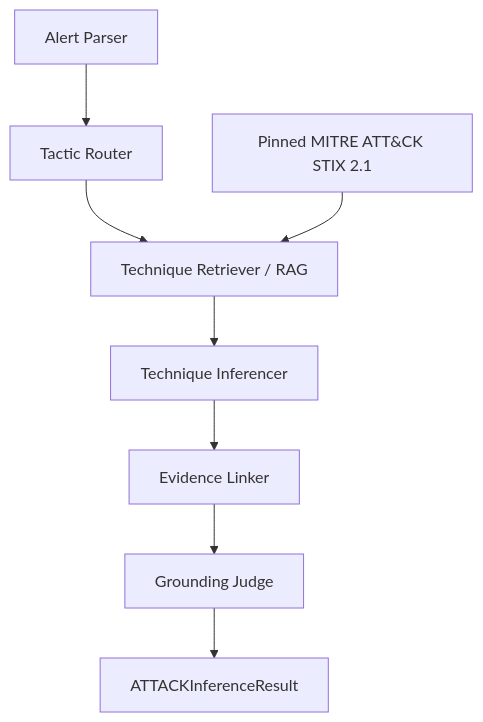
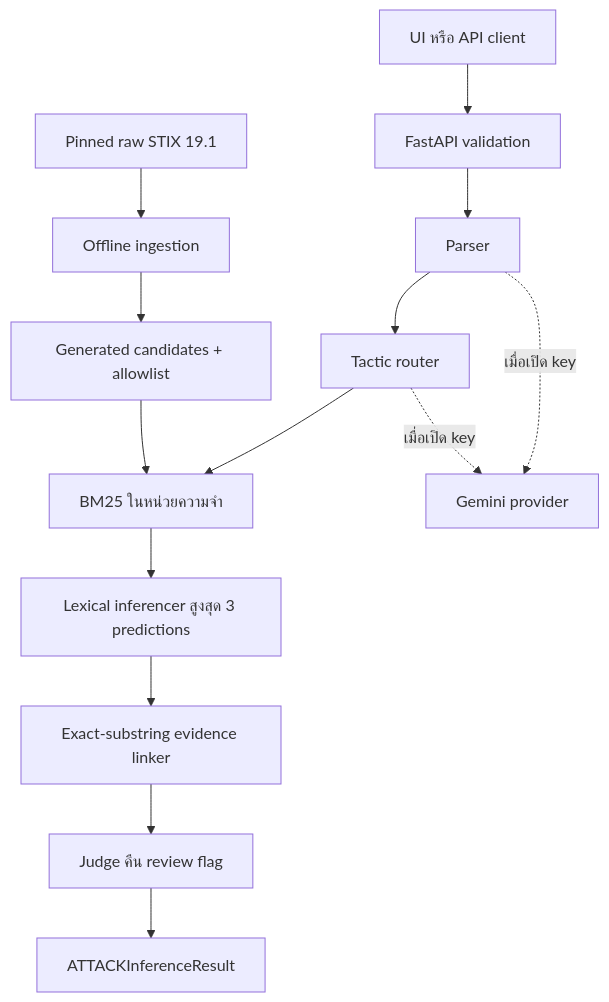
One commit to mai23133/Security-Alert changed the diagram in docs/architecture.md. Above: the diagram before and after it, drawn with Mermaid. The commit also changed other lines of this file and 13 other files, not shown here.

````diff
--- a/docs/architecture.md
+++ b/docs/architecture.md
@@ -33,10 +7,16 @@
-```mermaid
+~~~mermaid
 flowchart TD
-    A["Alert Parser"] --> B["Tactic Router"]
-    B --> C["Technique Retriever / RAG"]
-    C --> D["Technique Inferencer"]
-    D --> E["Evidence Linker"]
-    E --> F["Grounding Judge"]
-    G["Pinned MITRE ATT&CK STIX 2.1"] --> C
-    F --> H["ATTACKInferenceResult"]
-```
+    S["Pinned raw STIX 19.1"] --> ING["Offline ingestion"]
+    ING --> KB["Generated candidates + allowlist"]
+    KB --> R["BM25 ในหน่วยความจำ"]
+    U["UI หรือ API client"] --> V["FastAPI validation"]
+    V --> P["Parser"]
+    P --> T["Tactic router"]
+    T --> R
+    R --> I["Lexical inferencer สูงสุด 3 predictions"]
+    I --> E["Exact-substring evidence linker"]
+    E --> J["Judge คืน review flag"]
+    J --> O["ATTACKInferenceResult"]
+    P -. "เมื่อเปิด key" .-> G["Gemini provider"]
+    T -. "เมื่อเปิด key" .-> G
+~~~
````
